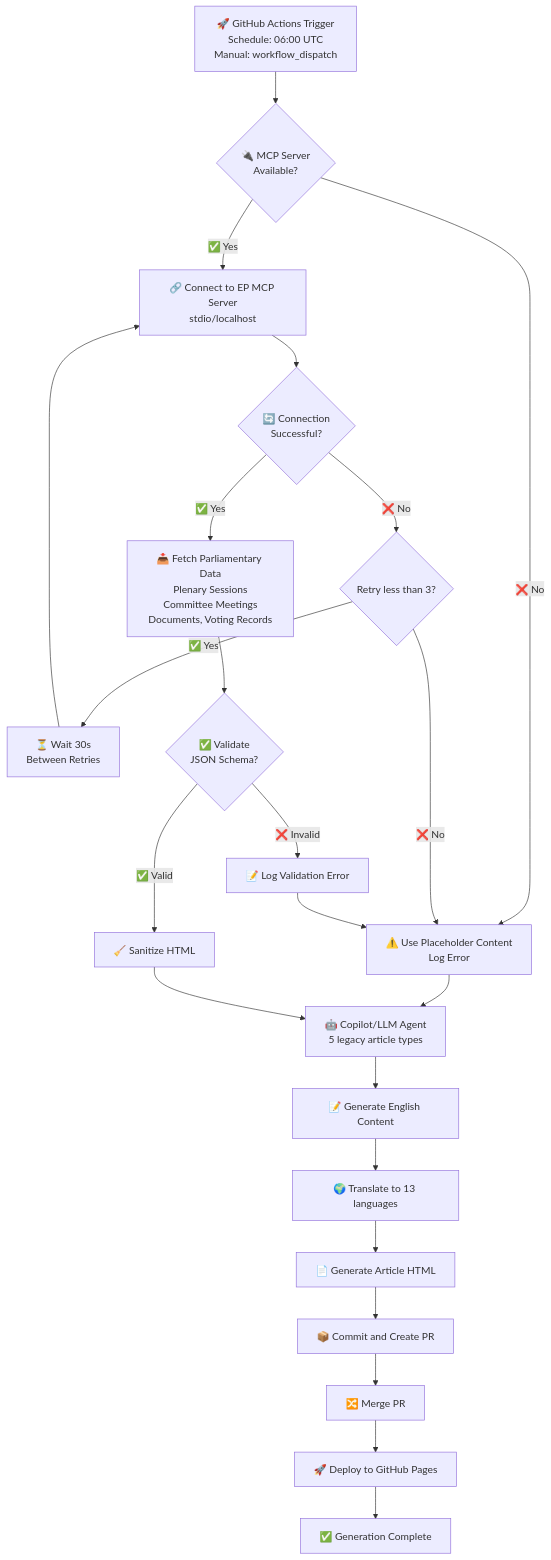
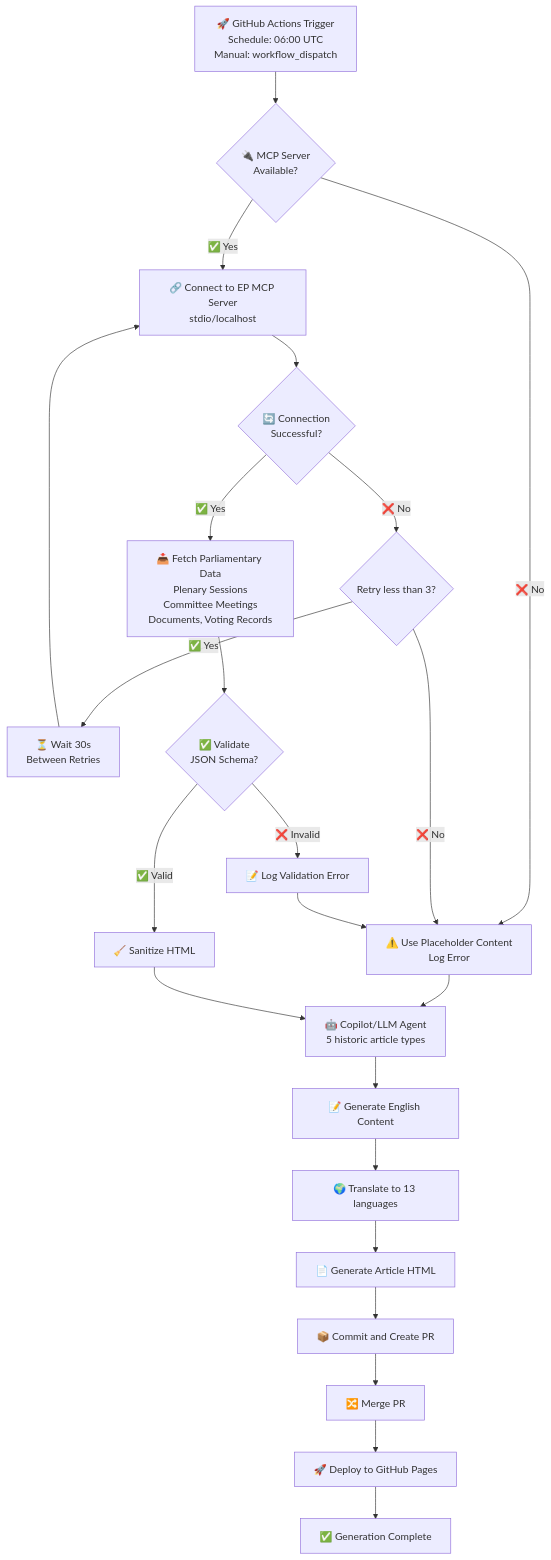
Before and after one commit to Hack23/euparliamentmonitor: the fifth of 15 diagrams in FLOWCHART.md, drawn with Mermaid. The commit also changed other lines of this file and 4 other files, not shown here.

First line of the commit message:
Phase 2C: Drop "legacy" framing in top-level docs (FLOWCHART, FUTURE_ARCHITECTURE, agents)

````diff
--- a/FLOWCHART.md
+++ b/FLOWCHART.md
@@ -299,30 +299,30 @@
 ```mermaid
 flowchart TD
     Start["🚀 GitHub Actions Trigger\nSchedule: 06:00 UTC\nManual: workflow_dispatch"] --> CheckMCP{"🔌 MCP Server\nAvailable?"}
 
     CheckMCP -->|"✅ Yes"| ConnectMCP["🔗 Connect to EP MCP Server\nstdio/localhost"]
     CheckMCP -->|"❌ No"| Fallback["⚠️ Use Placeholder Content\nLog Error"]
 
     ConnectMCP --> RetryCheck{"🔄 Connection\nSuccessful?"}
     RetryCheck -->|"❌ No"| RetryCount{"Retry less than 3?"}
     RetryCount -->|"✅ Yes"| BackoffWait["⏳ Wait 30s\nBetween Retries"]
     BackoffWait --> ConnectMCP
     RetryCount -->|"❌ No"| Fallback
 
     RetryCheck -->|"✅ Yes"| FetchData["📥 Fetch Parliamentary Data\nPlenary Sessions\nCommittee Meetings\nDocuments, Voting Records"]
 
     FetchData --> ValidateSchema{"✅ Validate\nJSON Schema?"}
     ValidateSchema -->|"❌ Invalid"| LogError1["📝 Log Validation Error"] --> Fallback
     ValidateSchema -->|"✅ Valid"| SanitizeHTML["🧹 Sanitize HTML"]
 
     Fallback --> AgentContext
-    SanitizeHTML --> AgentContext["🤖 Copilot/LLM Agent\n5 legacy article types"]
+    SanitizeHTML --> AgentContext["🤖 Copilot/LLM Agent\n5 historic article types"]
 
     AgentContext --> GenerateEN["📝 Generate English Content"]
     GenerateEN --> Translate["🌍 Translate to 13 languages"]
     Translate --> GenHTML["📄 Generate Article HTML"]
     GenHTML --> CommitPR["📦 Commit and Create PR"]
     CommitPR --> MergePR["🔀 Merge PR"]
     MergePR --> DeployPages["🚀 Deploy to GitHub Pages"]
     DeployPages --> Complete["✅ Generation Complete"]
 ```
````
